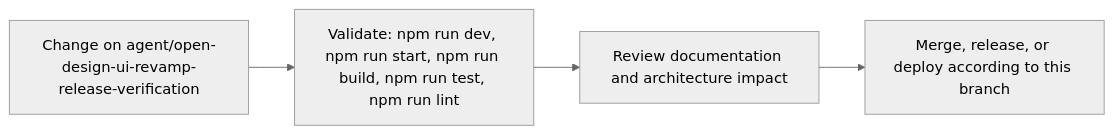
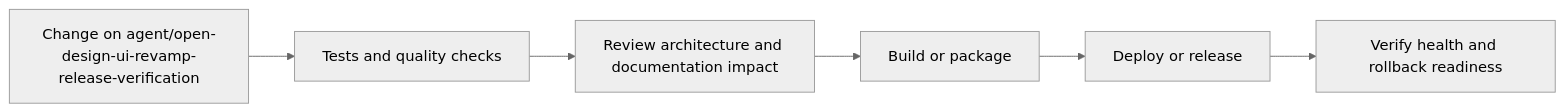
One commit to Nischhalsubba/BindForge-NW changed the fifth of 6 diagrams in README.md. Above: the diagram before and after it, drawn with Mermaid (neutral theme). The commit also changed other lines of this file, not shown here.

````diff
--- a/README.md
+++ b/README.md
@@ -87,8 +183,8 @@
 ```mermaid
 flowchart LR
-    CHANGE["Change on agent/open-design-ui-revamp-release-verification"]
-    CHECK["Validate: npm run dev, npm run start, npm run build, npm run test, npm run lint"]
-    REVIEW["Review documentation and architecture impact"]
-    RELEASE["Merge, release, or deploy according to this branch"]
-    CHANGE --> CHECK --> REVIEW --> RELEASE
+    CHANGE["Change on agent/open-design-ui-revamp-release-verification"] --> CHECK["Tests and quality checks"]
+    CHECK --> REVIEW["Review architecture and documentation impact"]
+    REVIEW --> BUILD["Build or package"]
+    BUILD --> DEPLOY["Deploy or release"]
+    DEPLOY --> VERIFY["Verify health and rollback readiness"]
 ```
````
